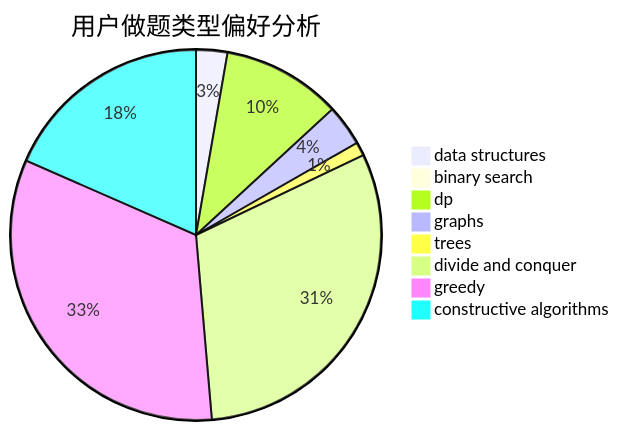
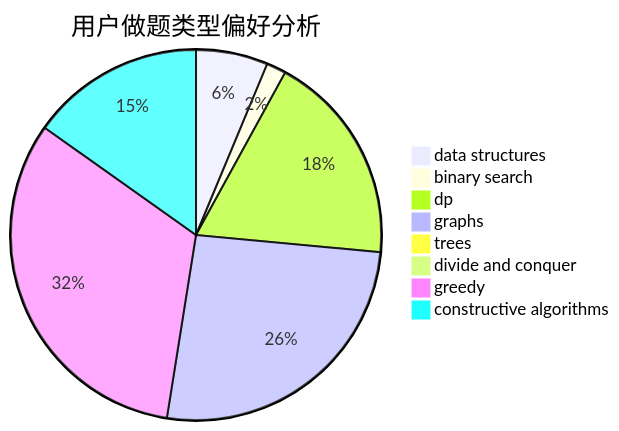
One commit to sherpahu/cfrs.github.io changed the second of 3 diagrams in docs/user/u649.md. Above: the diagram before and after it, drawn with Mermaid. The commit also changed other lines of this file and 2770 other files, not shown here.

````diff
--- a/docs/user/u649.md
+++ b/docs/user/u649.md
@@ -23,11 +23,11 @@
 ```mermaid
 pie title 用户做题类型偏好分析
-    "data structures" :  16
-    "binary search" :  4
-    "dp" :  61
-    "graphs" :  21
-    "trees" :  7
-    "divide and conquer" :  180
-    "greedy" :  193
-    "constructive algorithms" :  108
+    "data structures" :  55
+    "binary search" :  15
+    "dp" :  162
+    "graphs" :  228
+    "trees" :  6
+    "divide and conquer" :  0
+    "greedy" :  283
+    "constructive algorithms" :  133
 ```
````
